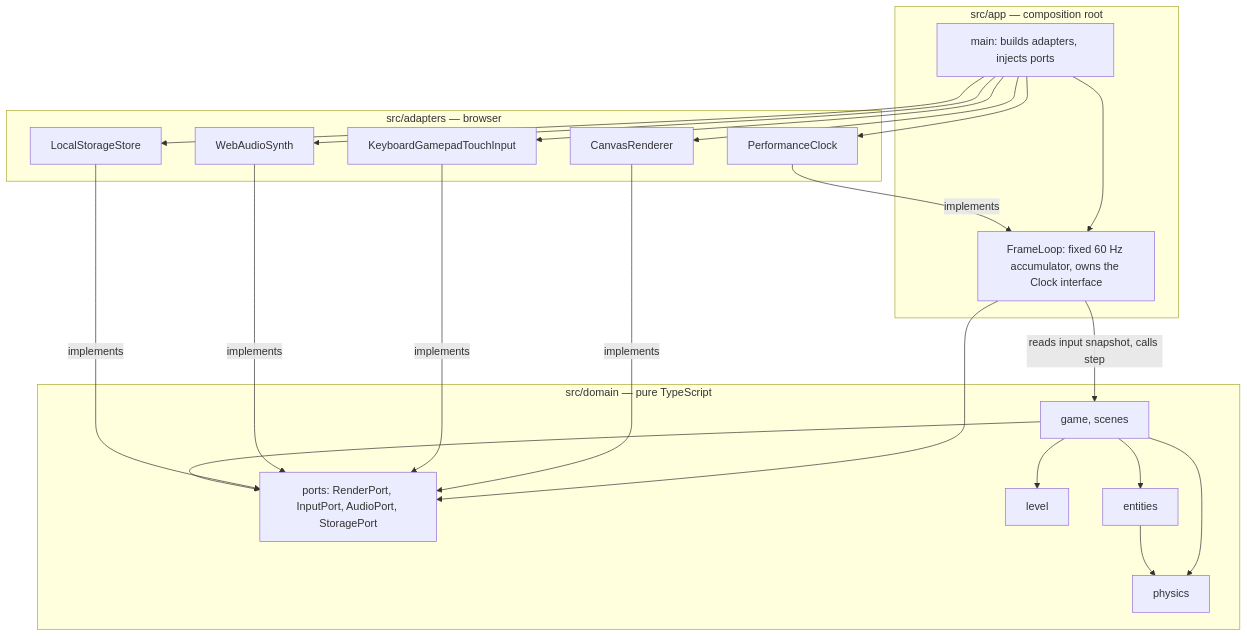
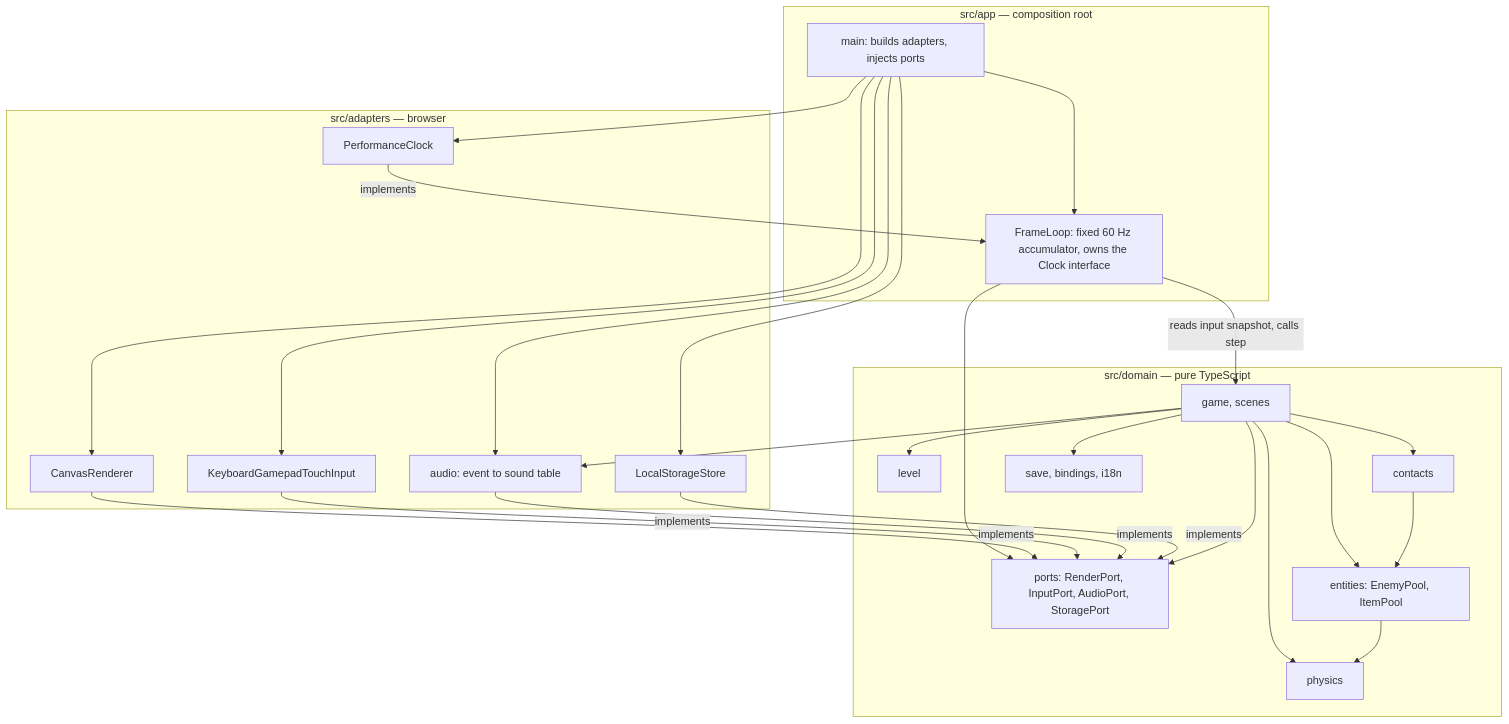
The diagram in docs/architecture/diagrams/system/03-component.md (benoit-bremaud/retro-plumber), drawn with Mermaid before and after one commit. The commit also changed other lines of this file and 6 other files, not shown here.

Commit message:
docs(uml): structural diagrams — meta classes, tick data-flow, component and class fixes (#8)

````diff
--- a/docs/architecture/diagrams/system/03-component.md
+++ b/docs/architecture/diagrams/system/03-component.md
@@ -13,39 +13,46 @@
 ```mermaid
 flowchart TB
     subgraph App["src/app — composition root"]
         Main["main: builds adapters, injects ports"]
         Loop["FrameLoop: fixed 60 Hz accumulator, owns the Clock interface"]
     end
     subgraph Adapters["src/adapters — browser"]
         Canvas["CanvasRenderer"]
         Keys["KeyboardGamepadTouchInput"]
         Audio["WebAudioSynth"]
         Store["LocalStorageStore"]
         Clock["PerformanceClock"]
     end
     subgraph Domain["src/domain — pure TypeScript"]
         Ports["ports: RenderPort, InputPort, AudioPort, StoragePort"]
         Game["game, scenes"]
         Physics["physics"]
         Level["level"]
-        Entities["entities"]
+        Entities["entities: EnemyPool, ItemPool"]
+        Contacts["contacts"]
+        Meta["save, bindings, i18n"]
+        Audio["audio: event to sound table"]
     end
     Main --> Loop
     Main --> Canvas
     Main --> Keys
     Main --> Audio
     Main --> Store
     Main --> Clock
     Loop -->|"reads input snapshot, calls step"| Game
     Loop --> Ports
     Clock -->|"implements"| Loop
     Canvas -->|"implements"| Ports
     Keys -->|"implements"| Ports
     Audio -->|"implements"| Ports
     Store -->|"implements"| Ports
     Game --> Ports
     Game --> Physics
     Game --> Level
     Game --> Entities
     Entities --> Physics
+    Game --> Contacts
+    Contacts --> Entities
+    Game --> Meta
+    Game --> Audio
 ```
````
